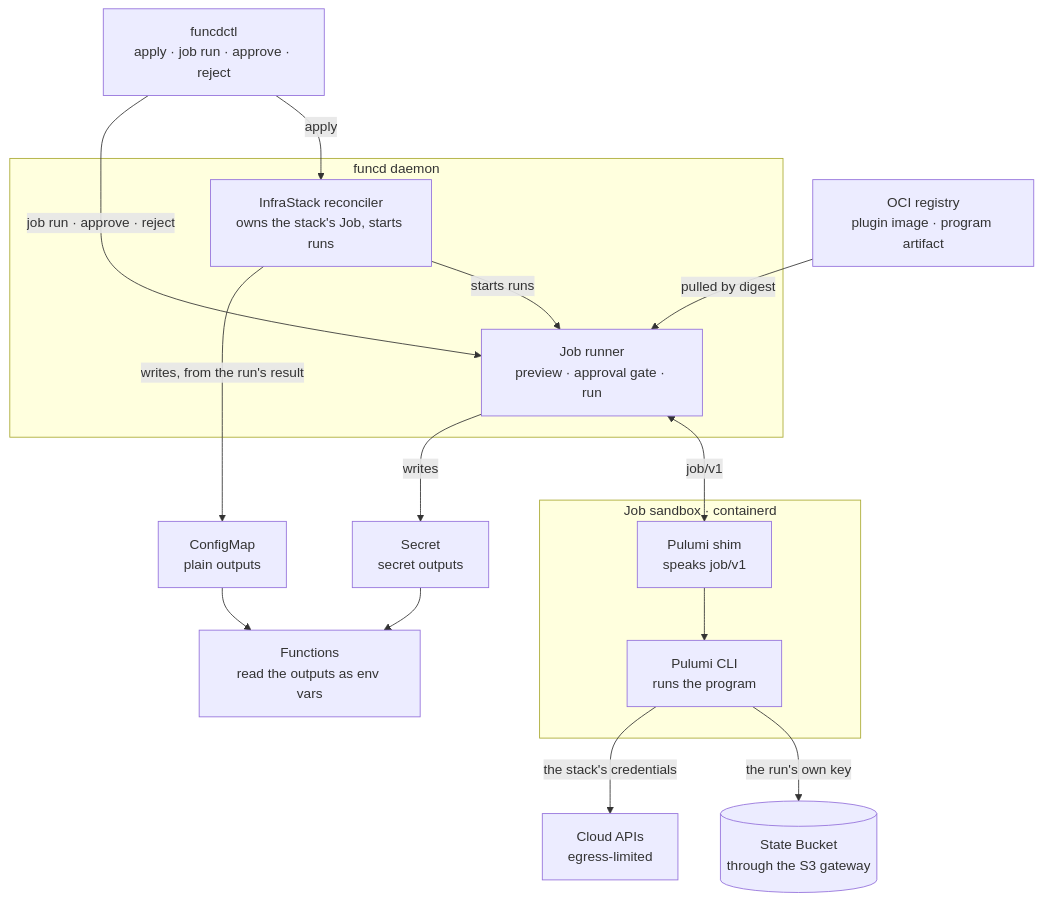
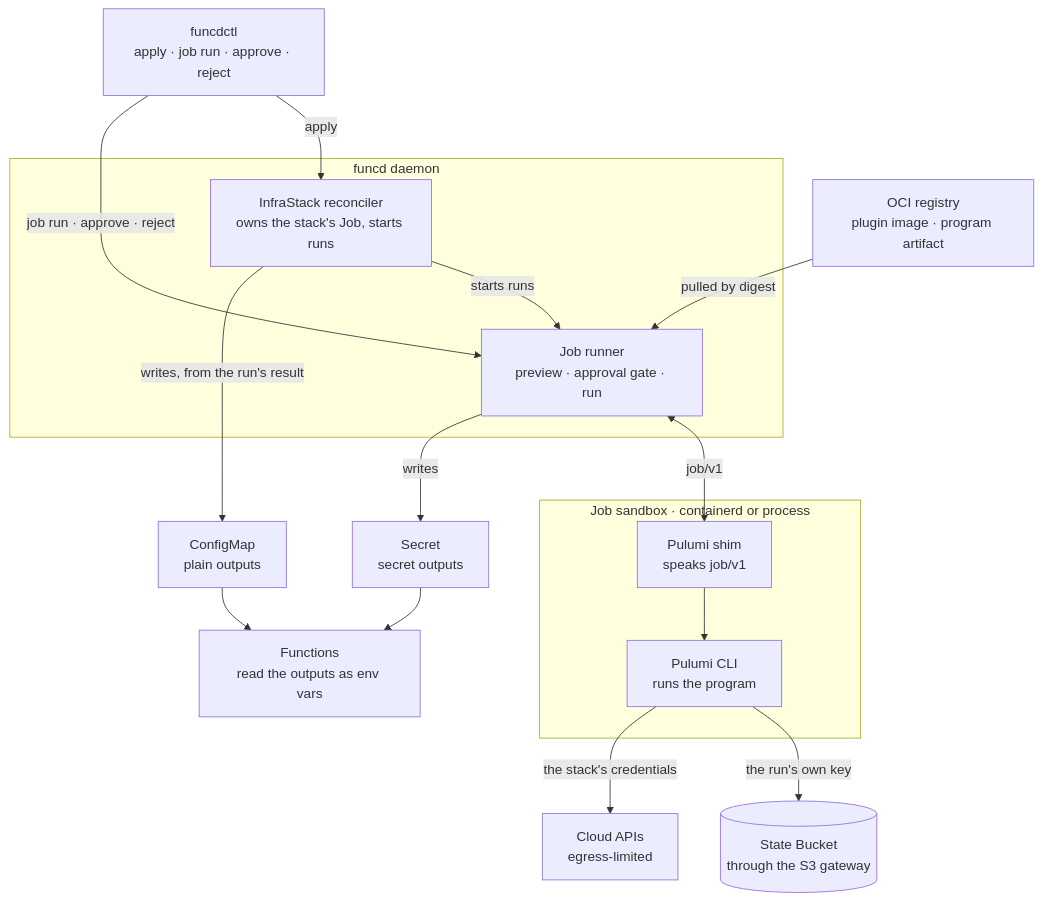
Before and after one commit to pyvvo/funcd: the first of 2 diagrams in docs/reports/infrastack-design.md, drawn with Mermaid. The commit also changed other lines of this file and 7 other files, not shown here.

````diff
--- a/docs/reports/infrastack-design.md
+++ b/docs/reports/infrastack-design.md
@@ -90,31 +90,31 @@
 ```mermaid
 flowchart TB
     cli["funcdctl<br/>apply · job run · approve · reject"]
     reg["OCI registry<br/>plugin image · program artifact"]
     subgraph daemon["funcd daemon"]
         rec["InfraStack reconciler<br/>owns the stack's Job, starts runs"]
         runner["Job runner<br/>preview · approval gate · run"]
     end
-    subgraph sandbox["Job sandbox · containerd"]
+    subgraph sandbox["Job sandbox · containerd or process"]
         shim["Pulumi shim<br/>speaks job/v1"]
         pulumi["Pulumi CLI<br/>runs the program"]
     end
     cm["ConfigMap<br/>plain outputs"]
     sec["Secret<br/>secret outputs"]
     fn["Functions<br/>read the outputs as env vars"]
     state[("State Bucket<br/>through the S3 gateway")]
     cloud["Cloud APIs<br/>egress-limited"]
 
     cli -->|apply| rec
     cli -->|"job run · approve · reject"| runner
     reg -->|pulled by digest| runner
     rec -->|starts runs| runner
     runner <-->|"job/v1"| shim
     shim --> pulumi
     pulumi -->|"the run's own key"| state
     pulumi -->|"the stack's credentials"| cloud
     rec -->|"writes, from the run's result"| cm
     runner -->|writes| sec
     cm --> fn
     sec --> fn
 ```
````
